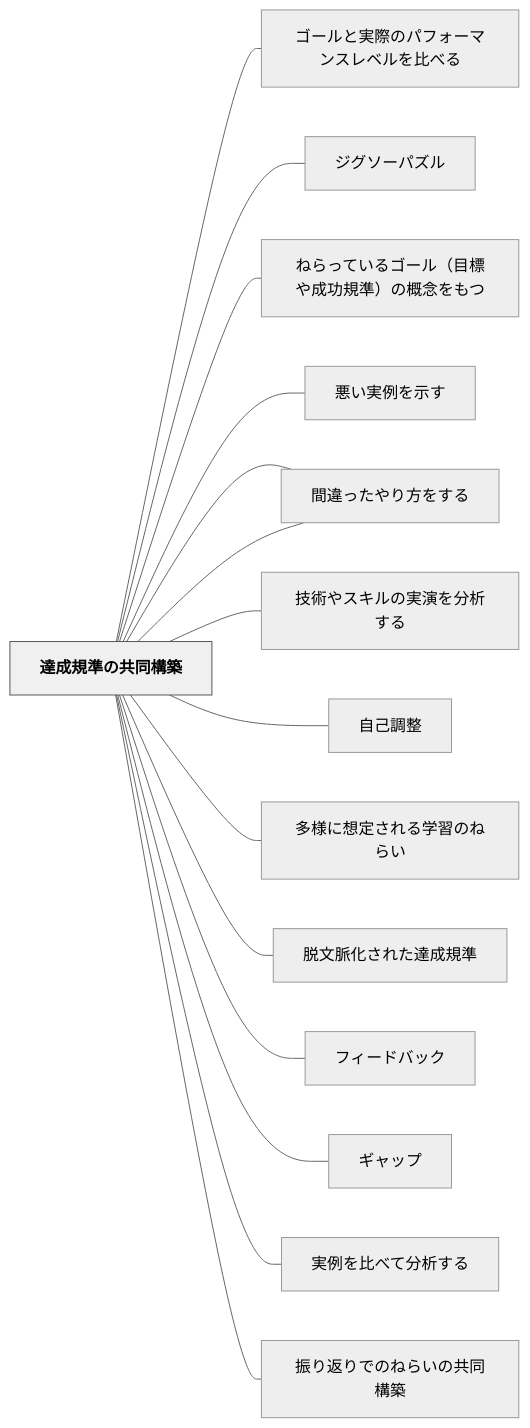
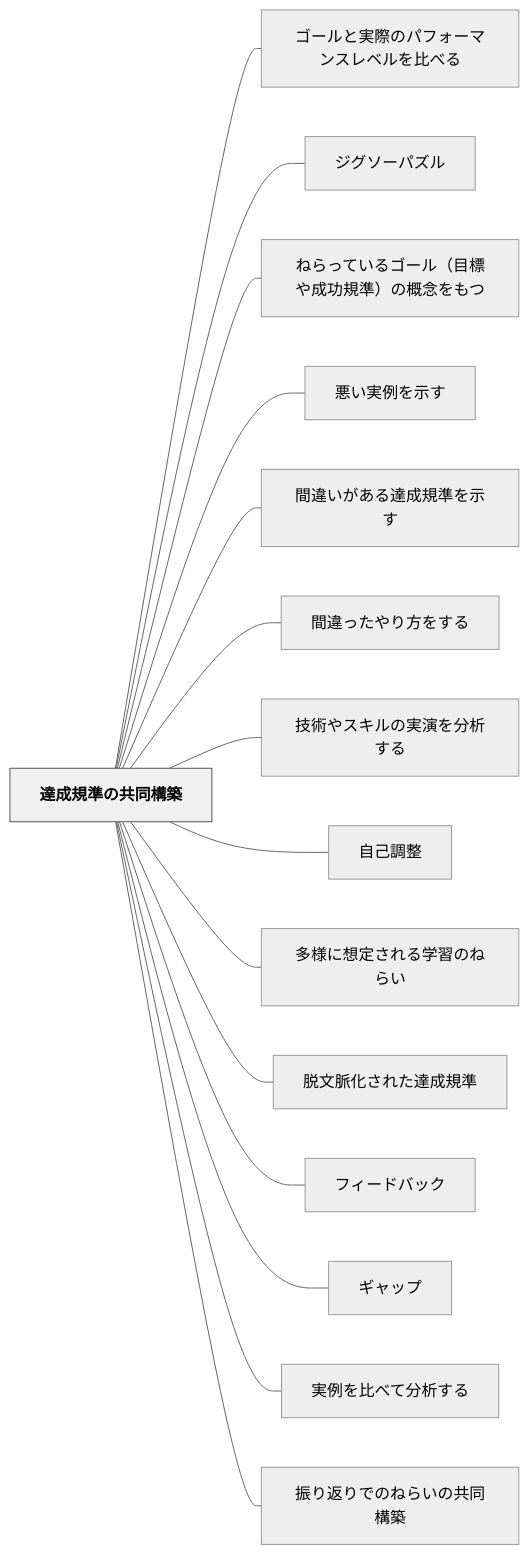
One commit to unknownthings-ed-patterns/unknownthings-ed-patterns changed the diagram in content/パタン/達成規準の共同構築.md. Above: the diagram before and after it, drawn with Mermaid (neutral theme). The commit also changed 527 other files, not shown here.

````diff
--- a/content/パタン/達成規準の共同構築.md
+++ b/content/パタン/達成規準の共同構築.md
@@ -63,36 +63,36 @@
 ```mermaid
 flowchart LR
-    ne98194e68890["達成規準の共同構築"]
-    ne382b4e383bc["ゴールと実際のパフォーマンスレベルを比べる"]
-    ne382b8e382b0["ジグソーパズル"]
-    ne381ade38289["ねらっているゴール（目標や成功規準）の概念をもつ"]
-    ne682aae38184["悪い実例を示す"]
-    ne99693e98195["間違いがある達成規準を示す"]
-    ne99693e98195["間違ったやり方をする"]
-    ne68a80e8a193["技術やスキルの実演を分析する"]
-    ne887aae5b7b1["自己調整"]
-    ne5a49ae6a798["多様に想定される学習のねらい"]
-    ne884b1e69687["脱文脈化された達成規準"]
-    ne38395e382a3["フィードバック"]
-    ne382aee383a3["ギャップ"]
-    ne5ae9fe4be8b["実例を比べて分析する"]
-    ne68cafe3828a["振り返りでのねらいの共同構築"]
+    ne98194e68890e8a68fe6ba96e381aee585b1e5908ce6a78be7af89["達成規準の共同構築"]
+    ne382b4e383bce383abe381a8e5ae9fe99a9be381aee38391e38395e382a9e383bce3839ee383b3e382b9e383ace38399e383abe38292e6af94e381b9e3828b["ゴールと実際のパフォーマンスレベルを比べる"]
+    ne382b8e382b0e382bde383bce38391e382bae383ab["ジグソーパズル"]
+    ne381ade38289e381a3e381a6e38184e3828be382b4e383bce383abefbc88e79baee6a899e38284e68890e58a9fe8a68fe6ba96efbc89e381aee6a682e5bfb5e38292e38282e381a4["ねらっているゴール（目標や成功規準）の概念をもつ"]
+    ne682aae38184e5ae9fe4be8be38292e7a4bae38199["悪い実例を示す"]
+    ne99693e98195e38184e3818ce38182e3828be98194e68890e8a68fe6ba96e38292e7a4bae38199["間違いがある達成規準を示す"]
+    ne99693e98195e381a3e3819fe38284e3828ae696b9e38292e38199e3828b["間違ったやり方をする"]
+    ne68a80e8a193e38284e382b9e382ade383abe381aee5ae9fe6bc94e38292e58886e69e90e38199e3828b["技術やスキルの実演を分析する"]
+    ne887aae5b7b1e8aabfe695b4["自己調整"]
+    ne5a49ae6a798e381abe683b3e5ae9ae38195e3828ce3828be5ada6e7bf92e381aee381ade38289e38184["多様に想定される学習のねらい"]
+    ne884b1e69687e88488e58c96e38195e3828ce3819fe98194e68890e8a68fe6ba96["脱文脈化された達成規準"]
+    ne38395e382a3e383bce38389e38390e38383e382af["フィードバック"]
+    ne382aee383a3e38383e38397["ギャップ"]
+    ne5ae9fe4be8be38292e6af94e381b9e381a6e58886e69e90e38199e3828b["実例を比べて分析する"]
+    ne68cafe3828ae8bf94e3828ae381a7e381aee381ade38289e38184e381aee585b1e5908ce6a78be7af89["振り返りでのねらいの共同構築"]
 
-    ne98194e68890 --- ne382b4e383bc
-    ne98194e68890 --- ne382b8e382b0
-    ne98194e68890 --- ne381ade38289
-    ne98194e68890 --- ne682aae38184
-    ne98194e68890 --- ne99693e98195
-    ne98194e68890 --- ne99693e98195
-    ne98194e68890 --- ne68a80e8a193
-    ne98194e68890 --- ne887aae5b7b1
-    ne98194e68890 --- ne5a49ae6a798
-    ne98194e68890 --- ne884b1e69687
-    ne98194e68890 --- ne38395e382a3
-    ne98194e68890 --- ne382aee383a3
-    ne98194e68890 --- ne5ae9fe4be8b
-    ne98194e68890 --- ne68cafe3828a
+    ne98194e68890e8a68fe6ba96e381aee585b1e5908ce6a78be7af89 --- ne382b4e383bce383abe381a8e5ae9fe99a9be381aee38391e38395e382a9e383bce3839ee383b3e382b9e383ace38399e383abe38292e6af94e381b9e3828b
+    ne98194e68890e8a68fe6ba96e381aee585b1e5908ce6a78be7af89 --- ne382b8e382b0e382bde383bce38391e382bae383ab
+    ne98194e68890e8a68fe6ba96e381aee585b1e5908ce6a78be7af89 --- ne381ade38289e381a3e381a6e38184e3828be382b4e383bce383abefbc88e79baee6a899e38284e68890e58a9fe8a68fe6ba96efbc89e381aee6a682e5bfb5e38292e38282e381a4
+    ne98194e68890e8a68fe6ba96e381aee585b1e5908ce6a78be7af89 --- ne682aae38184e5ae9fe4be8be38292e7a4bae38199
+    ne98194e68890e8a68fe6ba96e381aee585b1e5908ce6a78be7af89 --- ne99693e98195e38184e3818ce38182e3828be98194e68890e8a68fe6ba96e38292e7a4bae38199
+    ne98194e68890e8a68fe6ba96e381aee585b1e5908ce6a78be7af89 --- ne99693e98195e381a3e3819fe38284e3828ae696b9e38292e38199e3828b
+    ne98194e68890e8a68fe6ba96e381aee585b1e5908ce6a78be7af89 --- ne68a80e8a193e38284e382b9e382ade383abe381aee5ae9fe6bc94e38292e58886e69e90e38199e3828b
+    ne98194e68890e8a68fe6ba96e381aee585b1e5908ce6a78be7af89 --- ne887aae5b7b1e8aabfe695b4
+    ne98194e68890e8a68fe6ba96e381aee585b1e5908ce6a78be7af89 --- ne5a49ae6a798e381abe683b3e5ae9ae38195e3828ce3828be5ada6e7bf92e381aee381ade38289e38184
+    ne98194e68890e8a68fe6ba96e381aee585b1e5908ce6a78be7af89 --- ne884b1e69687e88488e58c96e38195e3828ce3819fe98194e68890e8a68fe6ba96
+    ne98194e68890e8a68fe6ba96e381aee585b1e5908ce6a78be7af89 --- ne38395e382a3e383bce38389e38390e38383e382af
+    ne98194e68890e8a68fe6ba96e381aee585b1e5908ce6a78be7af89 --- ne382aee383a3e38383e38397
+    ne98194e68890e8a68fe6ba96e381aee585b1e5908ce6a78be7af89 --- ne5ae9fe4be8be38292e6af94e381b9e381a6e58886e69e90e38199e3828b
+    ne98194e68890e8a68fe6ba96e381aee585b1e5908ce6a78be7af89 --- ne68cafe3828ae8bf94e3828ae381a7e381aee381ade38289e38184e381aee585b1e5908ce6a78be7af89
 
     classDef hub fill:#f0f0f0,stroke:#555,color:#000,font-weight:bold
-    class ne98194e68890 hub
+    class ne98194e68890e8a68fe6ba96e381aee585b1e5908ce6a78be7af89 hub
 ```
````
